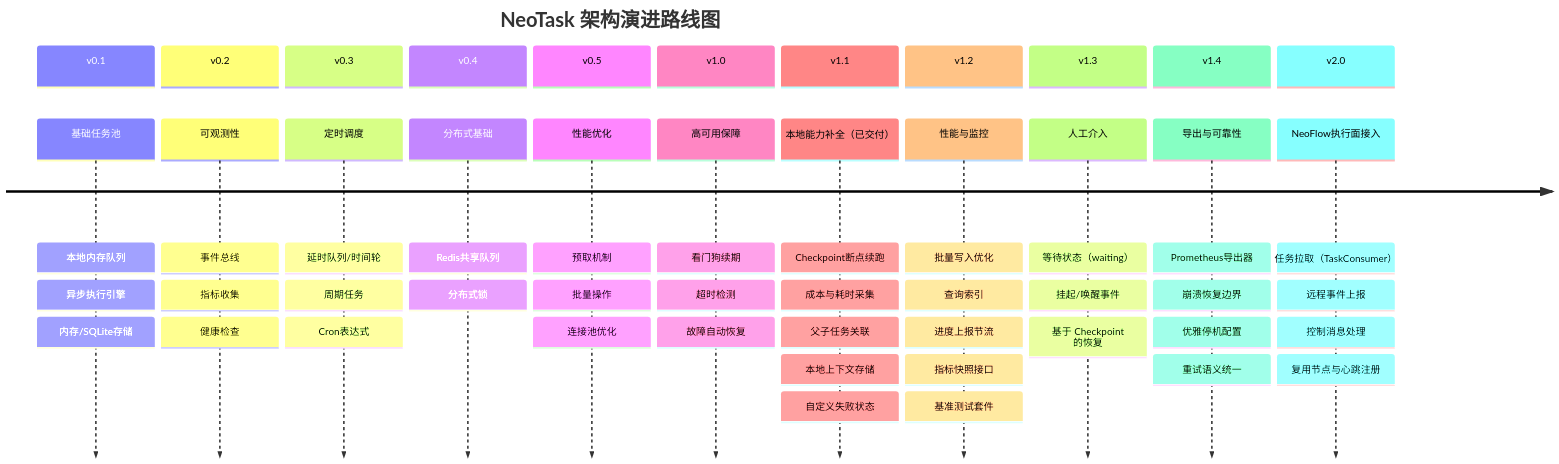
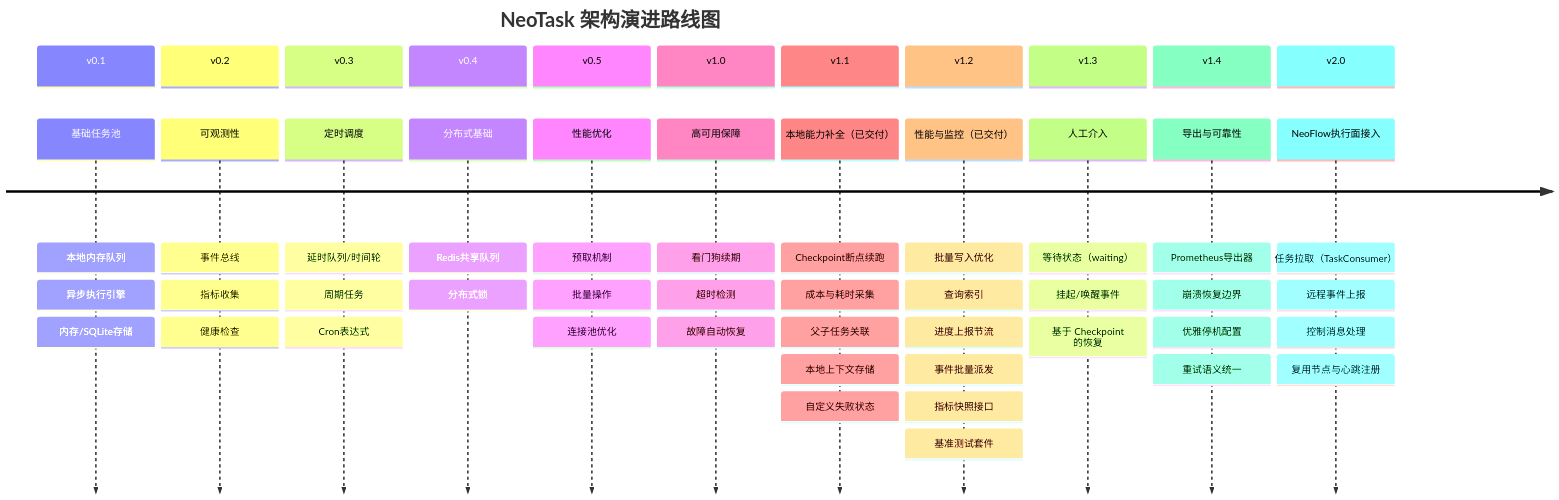
The second of 2 diagrams in README_zh.md (neopen/neotask), drawn with Mermaid before and after one commit. The commit also changed 4 other files, not shown here.

````diff
--- a/README_zh.md
+++ b/README_zh.md
@@ -149,64 +149,65 @@
 ```mermaid
 timeline
     title NeoTask 架构演进路线图
 
     section v0.1
         基础任务池 : 本地内存队列
                    : 异步执行引擎
                    : 内存/SQLite存储
 
     section v0.2
         可观测性 : 事件总线
                  : 指标收集
                  : 健康检查
 
     section v0.3
         定时调度 : 延时队列/时间轮
                  : 周期任务
                  : Cron表达式
 
     section v0.4
         分布式基础 : Redis共享队列
                    : 分布式锁
 
     section v0.5
         性能优化 : 预取机制
                  : 批量操作
                  : 连接池优化
 
     section v1.0
         高可用保障 : 看门狗续期
                    : 超时检测
                    : 故障自动恢复
 
     section v1.1
         本地能力补全（已交付） : Checkpoint断点续跑
                                : 成本与耗时采集
                                : 父子任务关联
                                : 本地上下文存储
                                : 自定义失败状态
 
     section v1.2
-        性能与监控 : 批量写入优化
+        性能与监控（已交付） : 批量写入优化
                    : 查询索引
                    : 进度上报节流
+                   : 事件批量派发
                    : 指标快照接口
                    : 基准测试套件
 
     section v1.3
         人工介入 : 等待状态（waiting）
                  : 挂起/唤醒事件
                  : 基于 Checkpoint 的恢复
 
     section v1.4
         导出与可靠性 : Prometheus导出器
                      : 崩溃恢复边界
                      : 优雅停机配置
                      : 重试语义统一
 
     section v2.0
         NeoFlow执行面接入 : 任务拉取（TaskConsumer）
                                  : 远程事件上报
                                  : 控制消息处理
                                  : 复用节点与心跳注册
 ```
````
